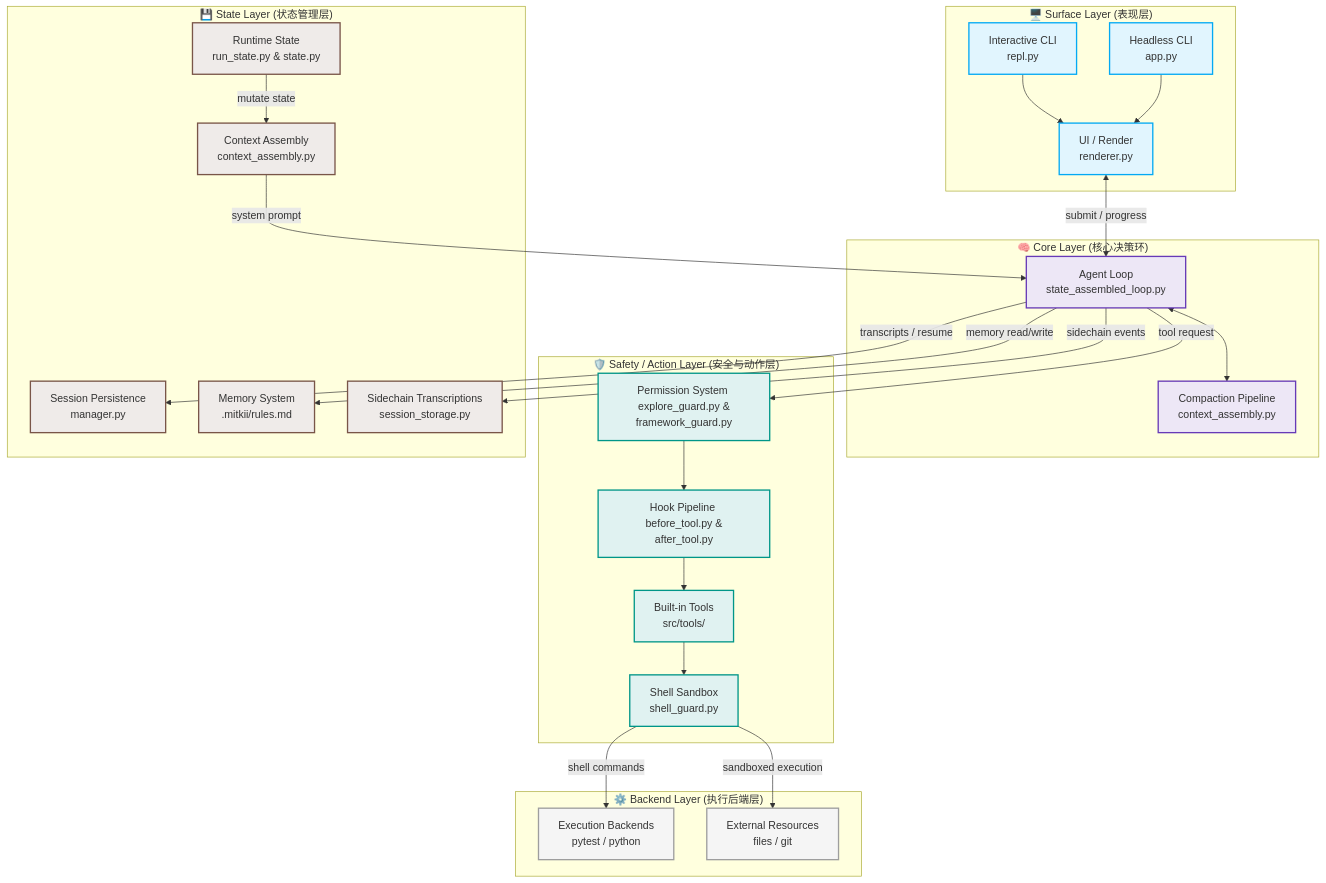
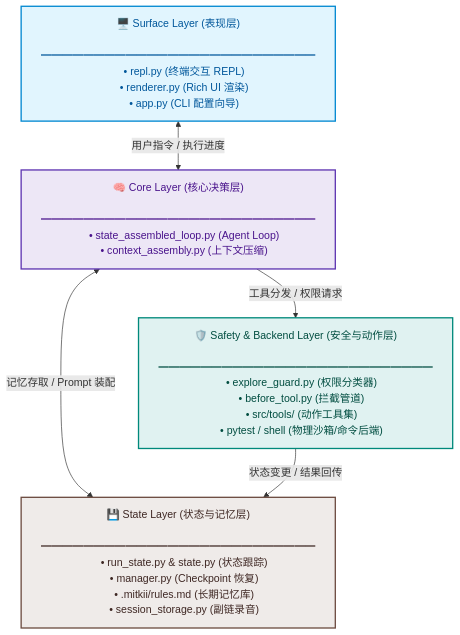
The diagram in README.md (Lire-mitcj/Harness-Mitchi), drawn with Mermaid before and after one commit.

````diff
--- a/README.md
+++ b/README.md
@@ -13,68 +13,46 @@
 ```mermaid
-graph TD
-    %% Define Classes for Layers
-    classDef surface fill:#E1F5FE,stroke:#03A9F4,stroke-width:2px;
-    classDef core fill:#EDE7F6,stroke:#673AB7,stroke-width:2px;
-    classDef safety fill:#E0F2F1,stroke:#009688,stroke-width:2px;
-    classDef backend fill:#F5F5F5,stroke:#9E9E9E,stroke-width:2px;
-    classDef state fill:#EFEBE9,stroke:#795548,stroke-width:2px;
+flowchart TD
+    %% Styles Definition
+    classDef surface fill:#E1F5FE,stroke:#0288D1,stroke-width:2px,color:#01579B;
+    classDef core fill:#EDE7F6,stroke:#5E35B1,stroke-width:2px,color:#4A148C;
+    classDef state fill:#EFEBE9,stroke:#6D4C41,stroke-width:2px,color:#3E2723;
+    classDef safety fill:#E0F2F1,stroke:#00897B,stroke-width:2px,color:#004D40;
 
-    %% Subgraphs representing the layers
-    subgraph Surface_Layer ["🖥️ Surface Layer (表现层)"]
-        CLI[Interactive CLI <br> repl.py]
-        Render[UI / Render <br> renderer.py]
-        App[Headless CLI <br> app.py]
-        CLI --> Render
-        App --> Render
-    end
+    %% 2x2 Grid Structure
+    Surface_Layer["🖥️ Surface Layer (表现层)
+    ━━━━━━━━━━━━━━━━━━━━━━━━━━
+    • repl.py (终端交互 REPL)
+    • renderer.py (Rich UI 渲染)
+    • app.py (CLI 配置向导)"]
 
-    subgraph Core_Layer ["🧠 Core Layer (核心决策环)"]
-        Loop[Agent Loop <br> state_assembled_loop.py]
-        Compaction[Compaction Pipeline <br> context_assembly.py]
-        Loop <--> Compaction
-    end
+    Core_Layer["🧠 Core Layer (核心决策层)
+    ━━━━━━━━━━━━━━━━━━━━━━━━━━
+    • state_assembled_loop.py (Agent Loop)
+    • context_assembly.py (上下文压缩)"]
 
-    subgraph Safety_Action_Layer ["🛡️ Safety / Action Layer (安全与动作层)"]
-        Permission[Permission System <br> explore_guard.py & framework_guard.py]
-        Hooks[Hook Pipeline <br> before_tool.py & after_tool.py]
-        Tools[Built-in Tools <br> src/tools/]
-        Sandbox[Shell Sandbox <br> shell_guard.py]
-        
-        Permission --> Hooks
-        Hooks --> Tools
-        Tools --> Sandbox
-    end
+    State_Layer["💾 State Layer (状态与记忆层)
+    ━━━━━━━━━━━━━━━━━━━━━━━━━━
+    • run_state.py & state.py (状态跟踪)
+    • manager.py (Checkpoint 恢复)
+    • .mitkii/rules.md (长期记忆库)
+    • session_storage.py (副链录音)"]
 
-    subgraph Backend_Layer ["⚙️ Backend Layer (执行后端层)"]
-        Exec[Execution Backends <br> pytest / python]
-        Resources[External Resources <br> files / git]
-    end
+    Safety_Layer["🛡️ Safety & Backend Layer (安全与动作层)
+    ━━━━━━━━━━━━━━━━━━━━━━━━━━
+    • explore_guard.py (权限分类器)
+    • before_tool.py (拦截管道)
+    • src/tools/ (动作工具集)
+    • pytest / shell (物理沙箱/命令后端)"]
 
-    subgraph State_Layer ["💾 State Layer (状态管理层)"]
-        Context[Context Assembly <br> context_assembly.py]
-        RunState[Runtime State <br> run_state.py & state.py]
-        Persistence[Session Persistence <br> manager.py]
-        Memory[Memory System <br> .mitkii/rules.md]
-        Transcriptions[Sidechain Transcriptions <br> session_storage.py]
-    end
-
-    %% Cross-layer connections
-    Render <-->|submit / progress| Loop
-    Loop -->|tool request| Permission
-    Sandbox -->|shell commands| Exec
-    Sandbox -->|sandboxed execution| Resources
-
-    %% State Layer connections
-    RunState -->|mutate state| Context
-    Context -->|system prompt| Loop
-    Loop -->|transcripts / resume| Persistence
-    Loop -->|memory read/write| Memory
-    Loop -->|sidechain events| Transcriptions
+    %% Pipeline Connections
+    Surface_Layer <-->|用户指令 / 执行进度| Core_Layer
+    Core_Layer <-->|记忆存取 / Prompt 装配| State_Layer
+    Core_Layer -->|工具分发 / 权限请求| Safety_Layer
+    Safety_Layer -->|状态变更 / 结果回传| State_Layer
 
     %% Apply Classes
-    class CLI,Render,App surface;
-    class Loop,Compaction core;
-    class Permission,Hooks,Tools,Sandbox safety;
-    class Exec,Resources backend;
-    class Context,RunState,Persistence,Memory,Transcriptions state;
+    class Surface_Layer surface;
+    class Core_Layer core;
+    class State_Layer state;
+    class Safety_Layer safety;
 ```
````
